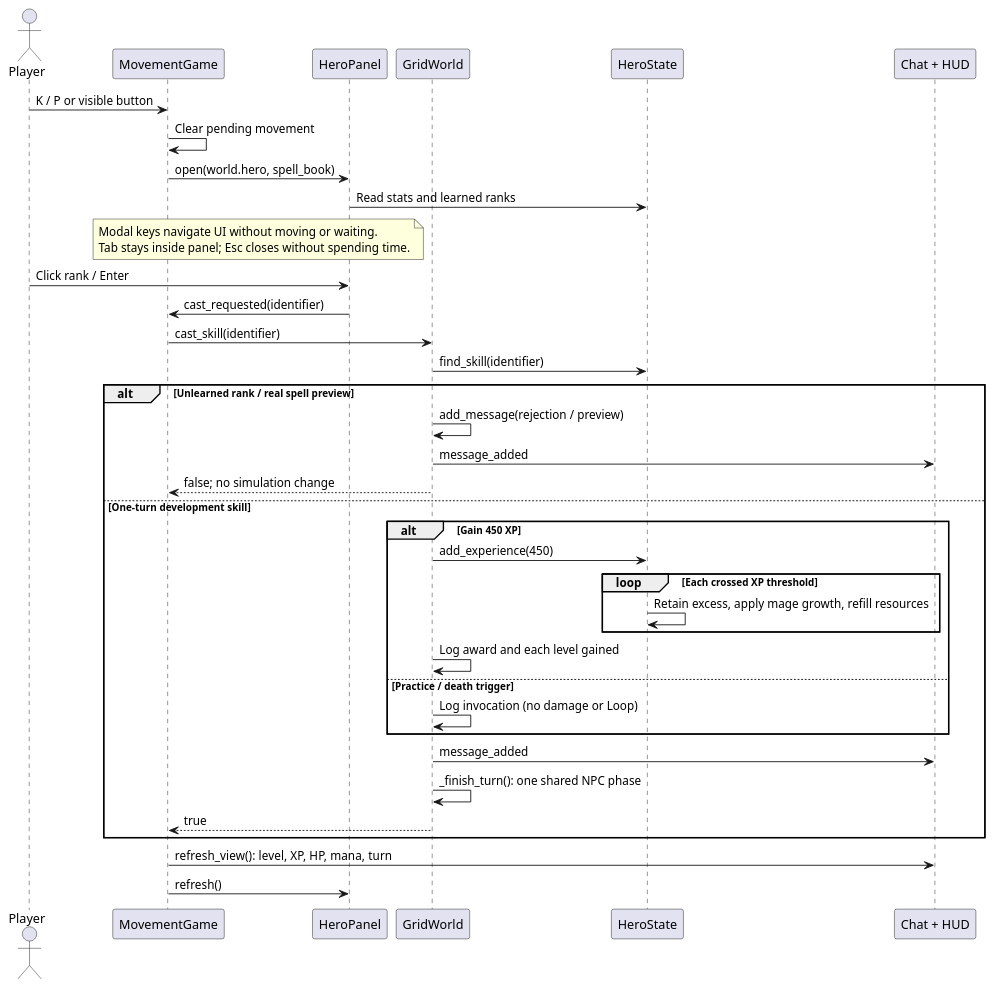
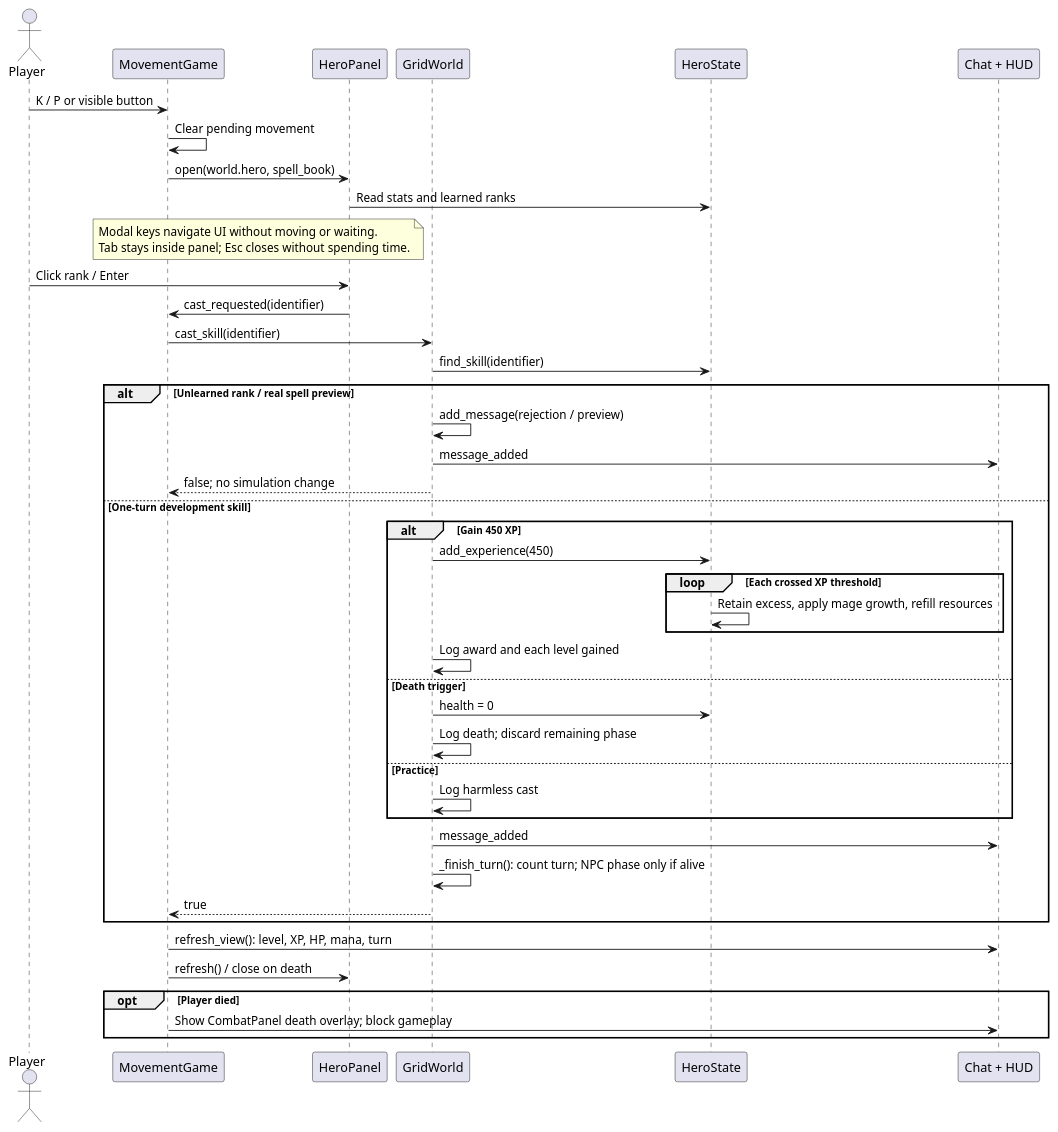
The diagram in docs/architecture/sequences/hero_skill.puml (VHonzik/Ostinato), drawn with PlantUML before and after one commit. The commit also changed 34 other files, not shown here.

Commit message:
Implement milestone 3 melee combat and NPC pursuit

```diff
--- a/docs/architecture/sequences/hero_skill.puml
+++ b/docs/architecture/sequences/hero_skill.puml
@@ -1,43 +1,49 @@
 @startuml
 !pragma layout smetana
 skinparam shadowing false
 actor Player
 participant MovementGame as Game
 participant HeroPanel as Panel
 participant GridWorld as World
 participant HeroState as Hero
 participant "Chat + HUD" as View
 
 Player -> Game : K / P or visible button
 Game -> Game : Clear pending movement
 Game -> Panel : open(world.hero, spell_book)
 Panel -> Hero : Read stats and learned ranks
 note over Game, Panel
 Modal keys navigate UI without moving or waiting.
 Tab stays inside panel; Esc closes without spending time.
 end note
 Player -> Panel : Click rank / Enter
 Panel -> Game : cast_requested(identifier)
 Game -> World : cast_skill(identifier)
 World -> Hero : find_skill(identifier)
 alt Unlearned rank / real spell preview
   World -> World : add_message(rejection / preview)
   World -> View : message_added
   World --> Game : false; no simulation change
 else One-turn development skill
   alt Gain 450 XP
     World -> Hero : add_experience(450)
     loop Each crossed XP threshold
       Hero -> Hero : Retain excess, apply mage growth, refill resources
     end
     World -> World : Log award and each level gained
-  else Practice / death trigger
-    World -> World : Log invocation (no damage or Loop)
+  else Death trigger
+    World -> Hero : health = 0
+    World -> World : Log death; discard remaining phase
+  else Practice
+    World -> World : Log harmless cast
   end
   World -> View : message_added
-  World -> World : _finish_turn(): one shared NPC phase
+  World -> World : _finish_turn(): count turn; NPC phase only if alive
   World --> Game : true
 end
 Game -> View : refresh_view(): level, XP, HP, mana, turn
-Game -> Panel : refresh()
+Game -> Panel : refresh() / close on death
+opt Player died
+  Game -> View : Show CombatPanel death overlay; block gameplay
+end
 @enduml
```
